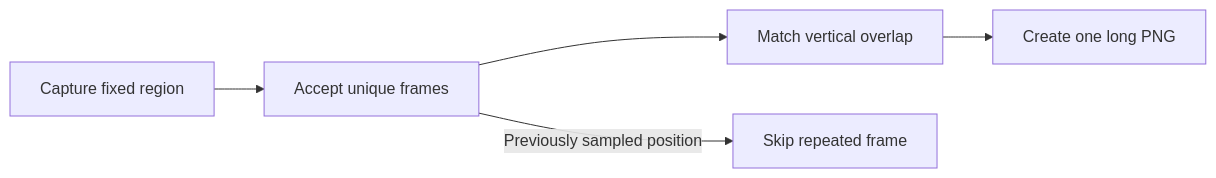
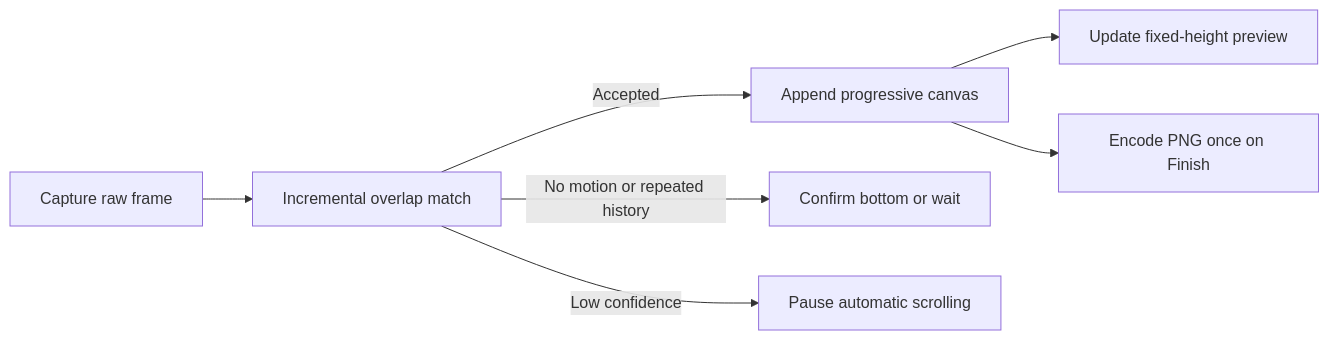
The diagram in docs/superpowers/specs/2026-06-22-scrolling-screenshot-design.md (deweyou/frame), drawn with Mermaid before and after one commit. The commit also changed other lines of this file and 22 other files, not shown here.

````diff
--- a/docs/superpowers/specs/2026-06-22-scrolling-screenshot-design.md
+++ b/docs/superpowers/specs/2026-06-22-scrolling-screenshot-design.md
@@ -3,7 +3,9 @@
 ```mermaid
 flowchart LR
-    A[Capture fixed region] --> B[Accept unique frames]
-    B --> C[Match vertical overlap]
-    C --> D[Create one long PNG]
-    B -->|Previously sampled position| E[Skip repeated frame]
+    A[Capture raw frame] --> B[Incremental overlap match]
+    B -->|Accepted| C[Append progressive canvas]
+    C --> D[Update fixed-height preview]
+    C --> E[Encode PNG once on Finish]
+    B -->|No motion or repeated history| F[Confirm bottom or wait]
+    B -->|Low confidence| G[Pause automatic scrolling]
 ```
````
